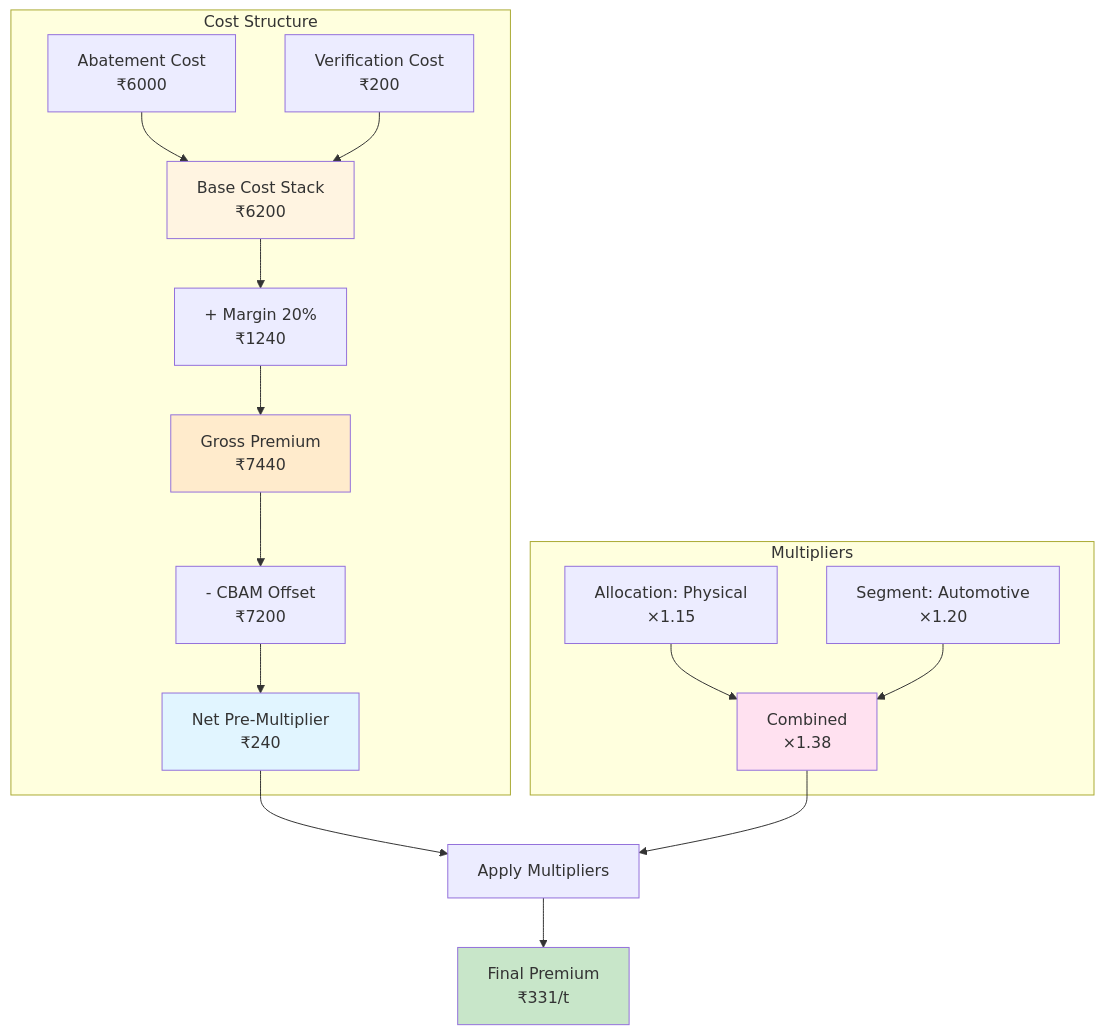
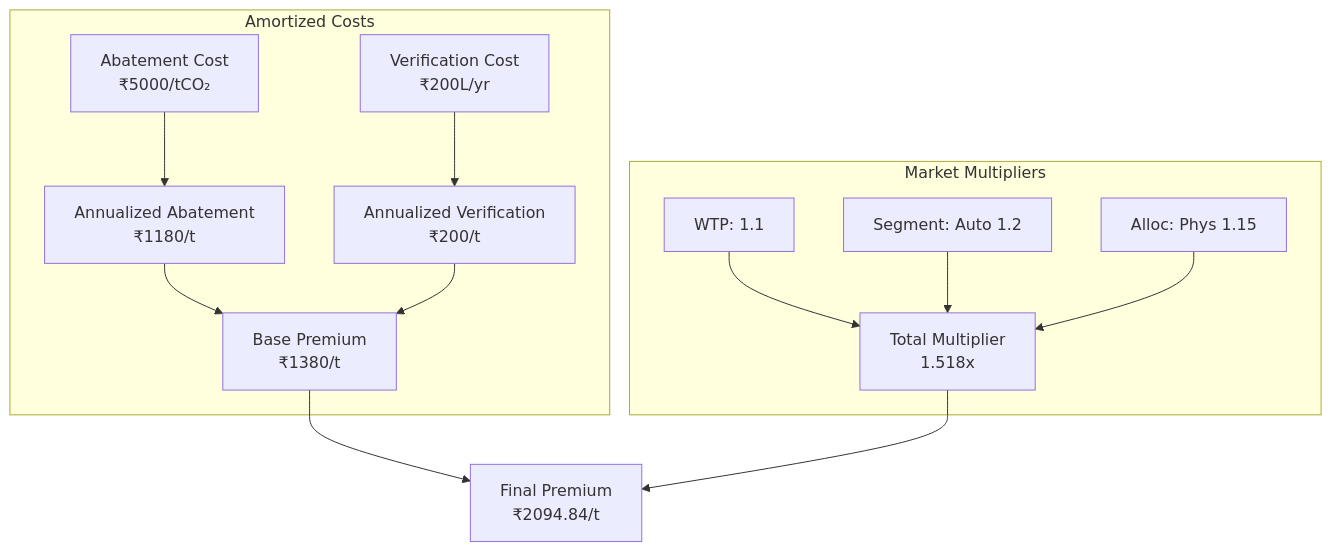
One commit to junejakushal/bas-model changed the third of 3 diagrams in README.md. Above: the diagram before and after it, drawn with Mermaid. The commit also changed other lines of this file and 5 other files, not shown here.

````diff
--- a/README.md
+++ b/README.md
@@ -190,26 +164,18 @@
 ```mermaid
 graph TB
-    subgraph Cost Structure
-        A[Abatement Cost<br/>₹6000] --> D[Base Cost Stack<br/>₹6200]
-        B[Verification Cost<br/>₹200] --> D
-        D --> E[+ Margin 20%<br/>₹1240]
-        E --> F[Gross Premium<br/>₹7440]
-        F --> G[- CBAM Offset<br/>₹7200]
-        G --> H[Net Pre-Multiplier<br/>₹240]
+    subgraph Amortized Costs
+        A[Abatement Cost<br/>₹5000/tCO₂] --> B[Annualized Abatement<br/>₹1180/t]
+        C[Verification Cost<br/>₹200L/yr] --> D[Annualized Verification<br/>₹200/t]
+        B --> E[Base Premium<br/>₹1380/t]
+        D --> E
     end
     
-    subgraph Multipliers
-        I[Allocation: Physical<br/>×1.15] --> K[Combined<br/>×1.38]
-        J[Segment: Automotive<br/>×1.20] --> K
+    subgraph Market Multipliers
+        F[WTP: 1.1] --> I[Total Multiplier<br/>1.518x]
+        G[Segment: Auto 1.2] --> I
+        H[Alloc: Phys 1.15] --> I
     end
     
-    H --> L[Apply Multipliers]
-    K --> L
-    L --> M[Final Premium<br/>₹331/t]
-    
-    style D fill:#fff4e1
-    style F fill:#ffebcc
-    style H fill:#e1f5ff
-    style K fill:#ffe1f0
-    style M fill:#c8e6c9
+    E --> J[Final Premium<br/>₹2094.84/t]
+    I --> J
 ```
````
